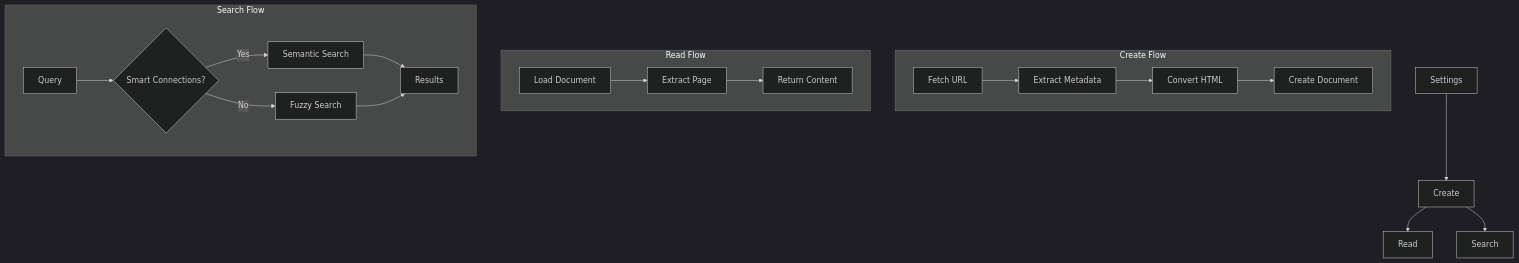
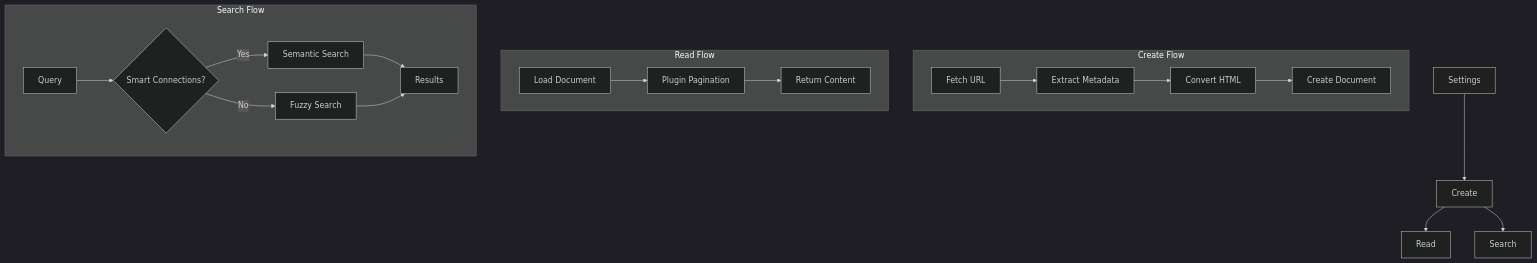
One commit to jacksteamdev/obsidian-mcp-tools changed the diagram in docs/features/source-document/README.md. Above: the diagram before and after it, drawn with Mermaid (dark theme). The commit also changed other lines of this file and 1 other file, not shown here.

````diff
--- a/docs/features/source-document/README.md
+++ b/docs/features/source-document/README.md
@@ -93,25 +93,25 @@
 ```mermaid
 graph TD
     A[Settings] --> B[Create]
     B --> C[Read]
     B --> D[Search]
     
     subgraph "Create Flow"
     B1[Fetch URL] --> B2[Extract Metadata]
     B2 --> B3[Convert HTML]
     B3 --> B4[Create Document]
     end
     
     subgraph "Read Flow"
-    C1[Load Document] --> C2[Extract Page]
+    C1[Load Document] --> C2[Plugin Pagination]
     C2 --> C3[Return Content]
     end
     
     subgraph "Search Flow"
     D1[Query] --> D2{Smart Connections?}
     D2 -->|Yes| D3[Semantic Search]
     D2 -->|No| D4[Fuzzy Search]
     D3 --> D5[Results]
     D4 --> D5
     end
 ```
````
